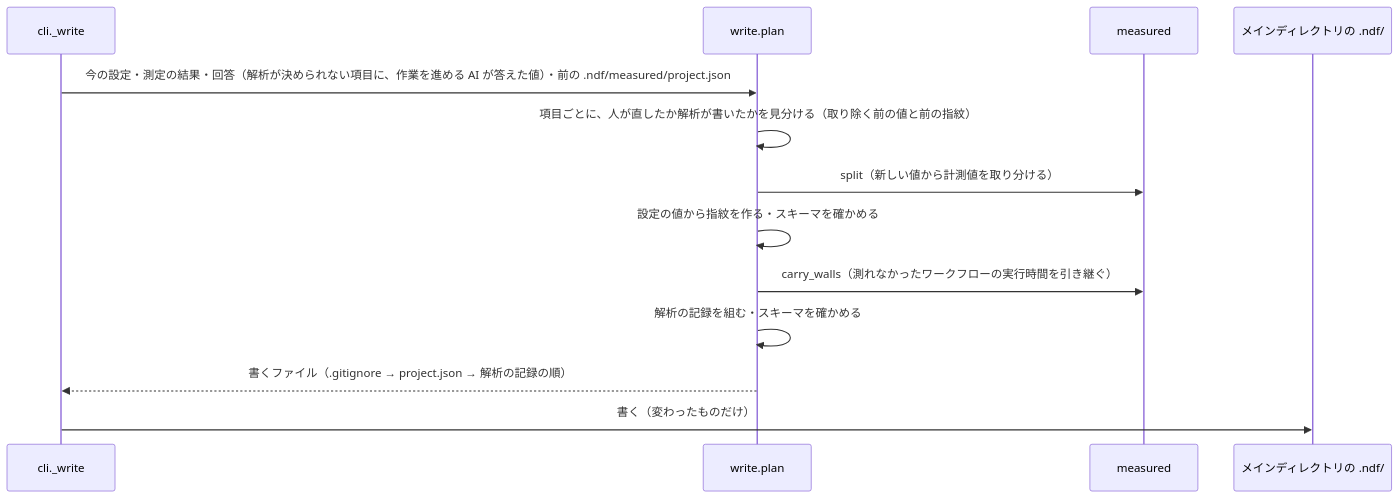
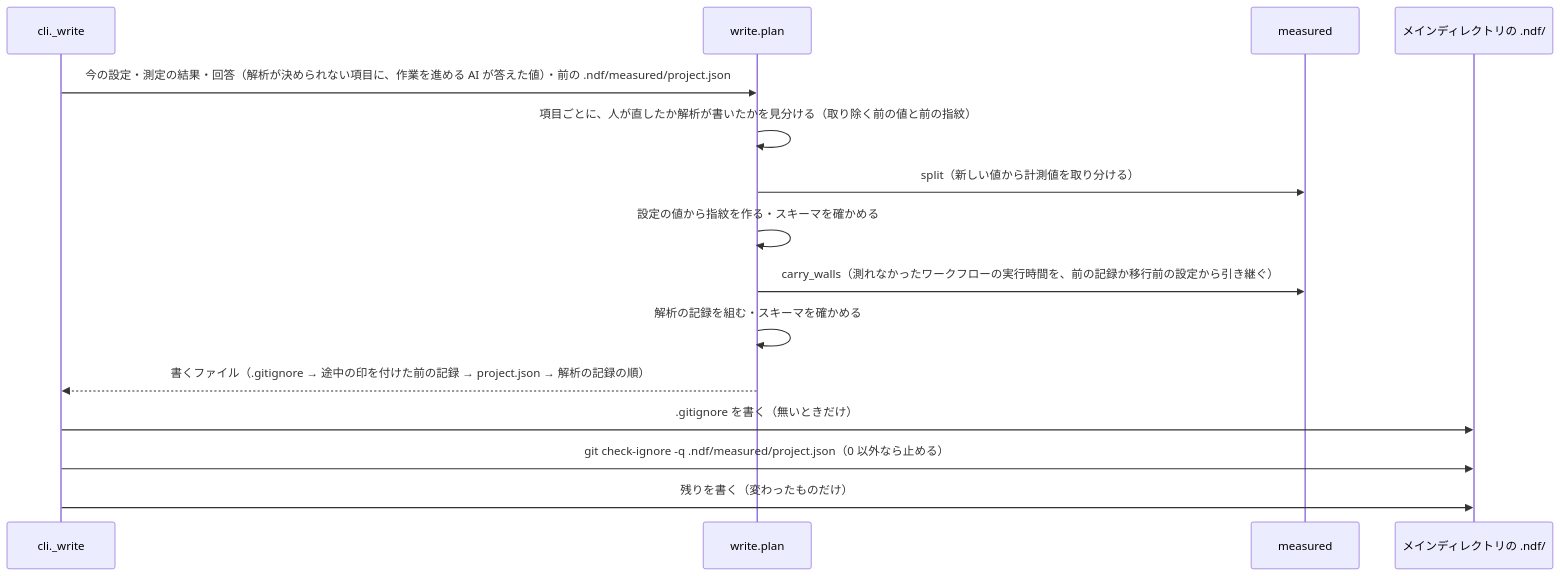
One commit to devbasex/ai-plugins changed the third of 3 diagrams in issues/issue-4516-design.md. Above: the diagram before and after it, drawn with Mermaid. The commit also changed other lines of this file and 2 other files, not shown here.

````diff
--- a/issues/issue-4516-design.md
+++ b/issues/issue-4516-design.md
@@ -149,15 +155,17 @@
 ```mermaid
 sequenceDiagram
   participant CLI as cli._write
   participant W as write.plan
   participant MS as measured
   participant FS as メインディレクトリの .ndf/
   CLI->>W: 今の設定・測定の結果・回答（解析が決められない項目に、作業を進める AI が答えた値）・前の .ndf/measured/project.json
   W->>W: 項目ごとに、人が直したか解析が書いたかを見分ける（取り除く前の値と前の指紋）
   W->>MS: split（新しい値から計測値を取り分ける）
   W->>W: 設定の値から指紋を作る・スキーマを確かめる
-  W->>MS: carry_walls（測れなかったワークフローの実行時間を引き継ぐ）
+  W->>MS: carry_walls（測れなかったワークフローの実行時間を、前の記録か移行前の設定から引き継ぐ）
   W->>W: 解析の記録を組む・スキーマを確かめる
-  W-->>CLI: 書くファイル（.gitignore → project.json → 解析の記録の順）
-  CLI->>FS: 書く（変わったものだけ）
+  W-->>CLI: 書くファイル（.gitignore → 途中の印を付けた前の記録 → project.json → 解析の記録の順）
+  CLI->>FS: .gitignore を書く（無いときだけ）
+  CLI->>FS: git check-ignore -q .ndf/measured/project.json（0 以外なら止める）
+  CLI->>FS: 残りを書く（変わったものだけ）
 ```
````
